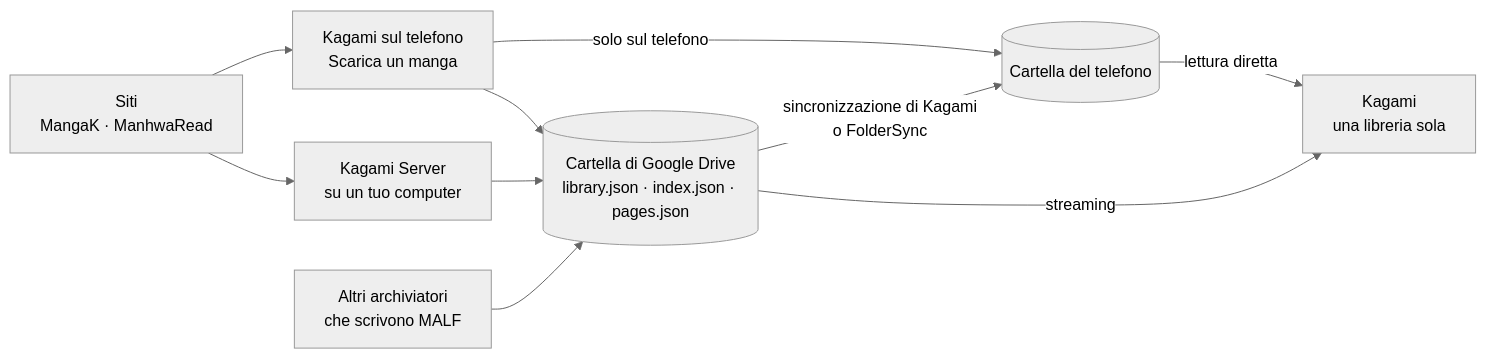
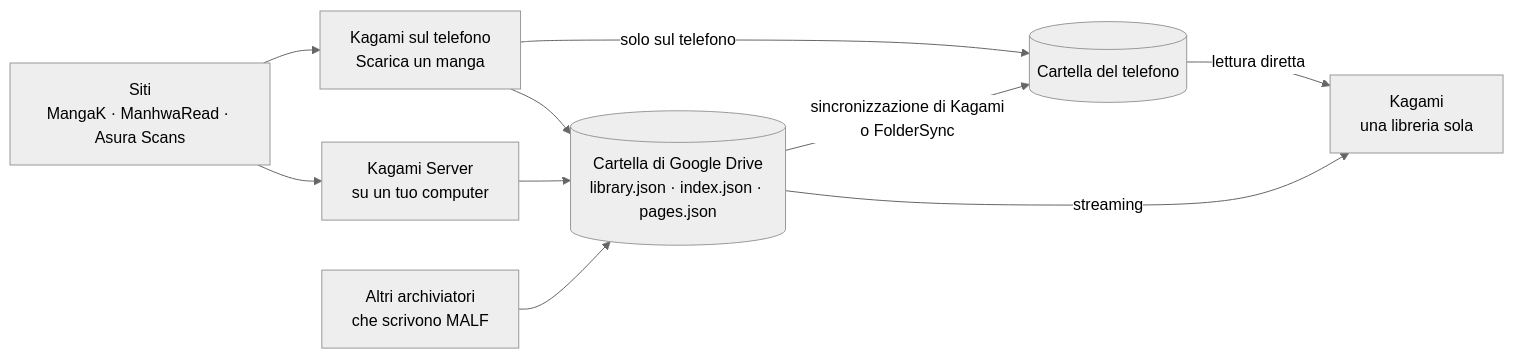
The first of 3 diagrams in README.md (GabryXnLab/kagami), drawn with Mermaid (neutral theme) before and after one commit. The commit also changed other lines of this file and 71 other files, not shown here.

````diff
--- a/README.md
+++ b/README.md
@@ -180,20 +180,20 @@
 ```mermaid
 flowchart LR
-  sites["Siti<br/>MangaK · ManhwaRead"]
+  sites["Siti<br/>MangaK · ManhwaRead · Asura Scans"]
   phone["Kagami sul telefono<br/>Scarica un manga"]
   server["Kagami Server<br/>su un tuo computer"]
   others["Altri archiviatori<br/>che scrivono MALF"]
   drive[("Cartella di Google Drive<br/>library.json · index.json · pages.json")]
   local[("Cartella del telefono")]
   app["Kagami<br/>una libreria sola"]
 
   sites --> phone
   sites --> server
   phone --> drive
   server --> drive
   others --> drive
   phone -- "solo sul telefono" --> local
   drive -- "sincronizzazione di Kagami<br/>o FolderSync" --> local
   local -- "lettura diretta" --> app
   drive -- "streaming" --> app
 ```
````
